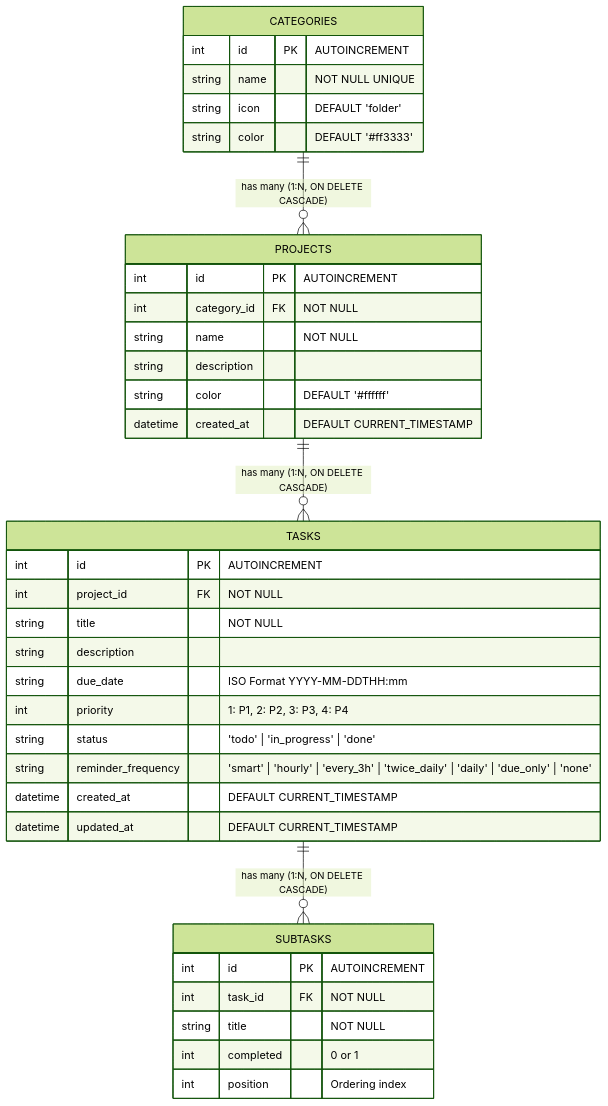
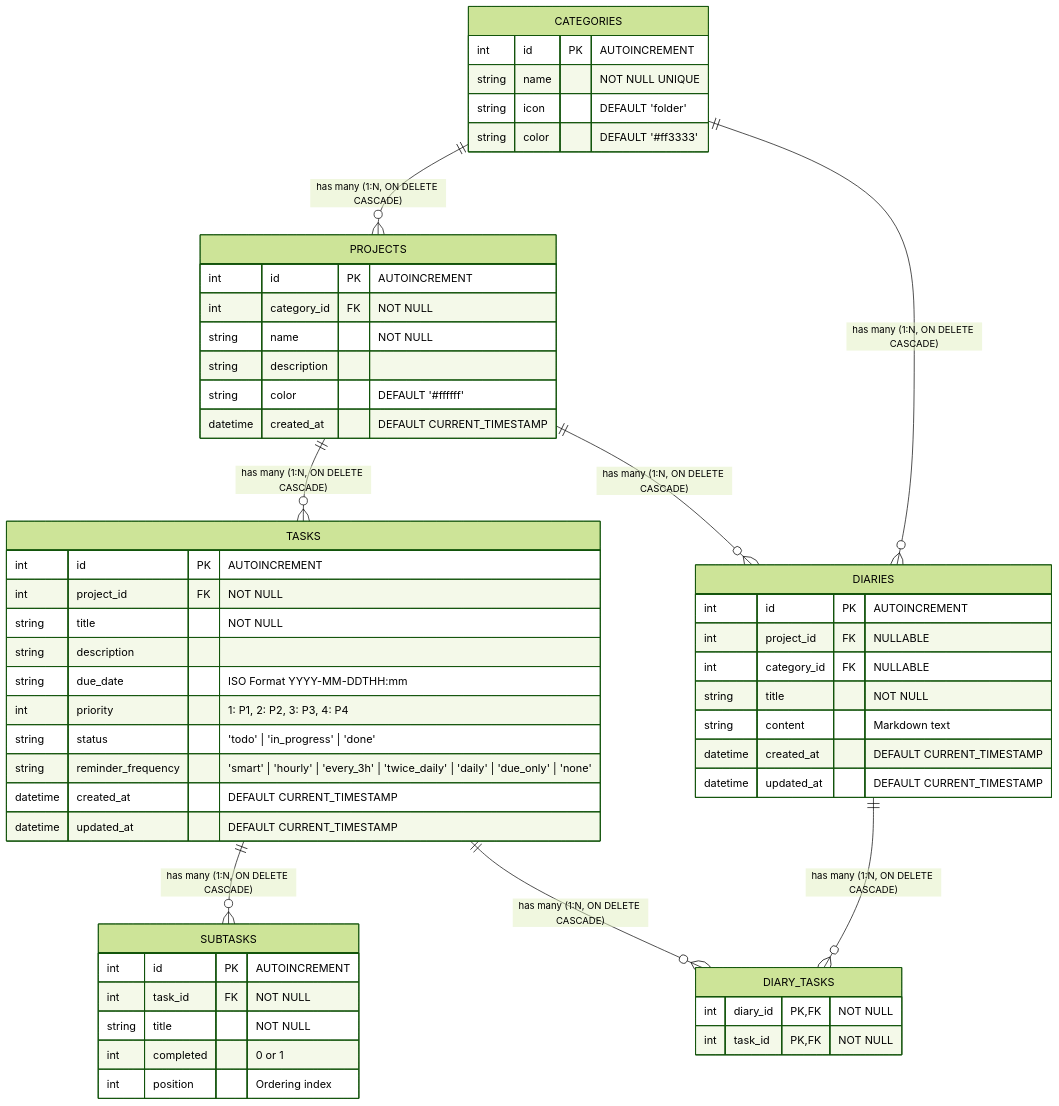
Before and after one commit to sidneicjr28/SCJ28-Task-System: the first of 2 diagrams in docs/CLASS_DIAGRAM.md, drawn with Mermaid (forest theme). The commit also changed other lines of this file and 10 other files, not shown here.

````diff
--- a/docs/CLASS_DIAGRAM.md
+++ b/docs/CLASS_DIAGRAM.md
@@ -11,43 +11,62 @@
 ```mermaid
 erDiagram
     CATEGORIES ||--o{ PROJECTS : "has many (1:N, ON DELETE CASCADE)"
     PROJECTS ||--o{ TASKS : "has many (1:N, ON DELETE CASCADE)"
     TASKS ||--o{ SUBTASKS : "has many (1:N, ON DELETE CASCADE)"
+    PROJECTS ||--o{ DIARIES : "has many (1:N, ON DELETE CASCADE)"
+    CATEGORIES ||--o{ DIARIES : "has many (1:N, ON DELETE CASCADE)"
+    DIARIES ||--o{ DIARY_TASKS : "has many (1:N, ON DELETE CASCADE)"
+    TASKS ||--o{ DIARY_TASKS : "has many (1:N, ON DELETE CASCADE)"
 
     CATEGORIES {
         int id PK "AUTOINCREMENT"
         string name "NOT NULL UNIQUE"
         string icon "DEFAULT 'folder'"
         string color "DEFAULT '#ff3333'"
     }
 
     PROJECTS {
         int id PK "AUTOINCREMENT"
         int category_id FK "NOT NULL"
         string name "NOT NULL"
         string description
         string color "DEFAULT '#ffffff'"
         datetime created_at "DEFAULT CURRENT_TIMESTAMP"
     }
 
     TASKS {
         int id PK "AUTOINCREMENT"
         int project_id FK "NOT NULL"
         string title "NOT NULL"
         string description
         string due_date "ISO Format YYYY-MM-DDTHH:mm"
         int priority "1: P1, 2: P2, 3: P3, 4: P4"
         string status "'todo' | 'in_progress' | 'done'"
         string reminder_frequency "'smart' | 'hourly' | 'every_3h' | 'twice_daily' | 'daily' | 'due_only' | 'none'"
         datetime created_at "DEFAULT CURRENT_TIMESTAMP"
         datetime updated_at "DEFAULT CURRENT_TIMESTAMP"
     }
 
     SUBTASKS {
         int id PK "AUTOINCREMENT"
         int task_id FK "NOT NULL"
         string title "NOT NULL"
         int completed "0 or 1"
         int position "Ordering index"
     }
+
+    DIARIES {
+        int id PK "AUTOINCREMENT"
+        int project_id FK "NULLABLE"
+        int category_id FK "NULLABLE"
+        string title "NOT NULL"
+        string content "Markdown text"
+        datetime created_at "DEFAULT CURRENT_TIMESTAMP"
+        datetime updated_at "DEFAULT CURRENT_TIMESTAMP"
+    }
+
+    DIARY_TASKS {
+        int diary_id PK, FK "NOT NULL"
+        int task_id PK, FK "NOT NULL"
+    }
 ```
````
